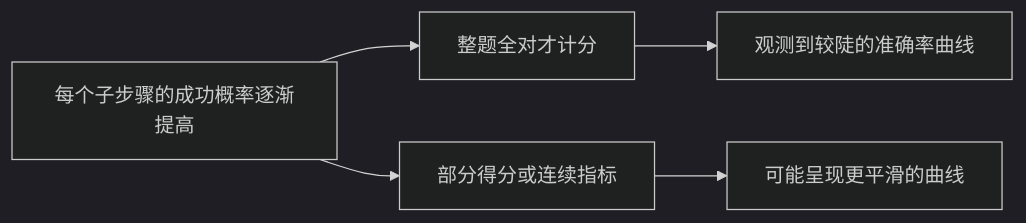
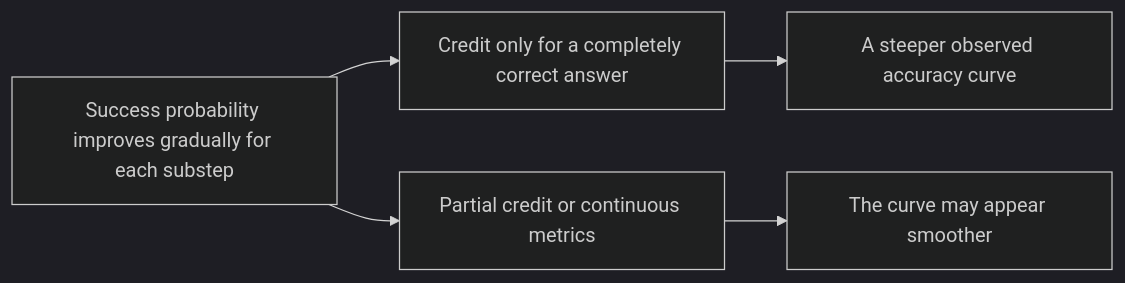
The second of 2 diagrams in docs/llm/01-foundations/01-what-is-llm.md (oneleaveknowsthefall/awesome-ai-roadmap), drawn with Mermaid (dark theme) before and after one commit. The commit also changed other lines of this file and 92 other files, not shown here.

````diff
--- a/docs/llm/01-foundations/01-what-is-llm.md
+++ b/docs/llm/01-foundations/01-what-is-llm.md
@@ -104,7 +104,7 @@
 ```mermaid
 flowchart LR
-    A["每个子步骤的成功概率逐渐提高"] --> B["整题全对才计分"]
-    B --> C["观测到较陡的准确率曲线"]
-    A --> D["部分得分或连续指标"]
-    D --> E["可能呈现更平滑的曲线"]
+    A["Success probability improves gradually for each substep"] --> B["Credit only for a completely correct answer"]
+    B --> C["A steeper observed accuracy curve"]
+    A --> D["Partial credit or continuous metrics"]
+    D --> E["The curve may appear smoother"]
 ```
````
